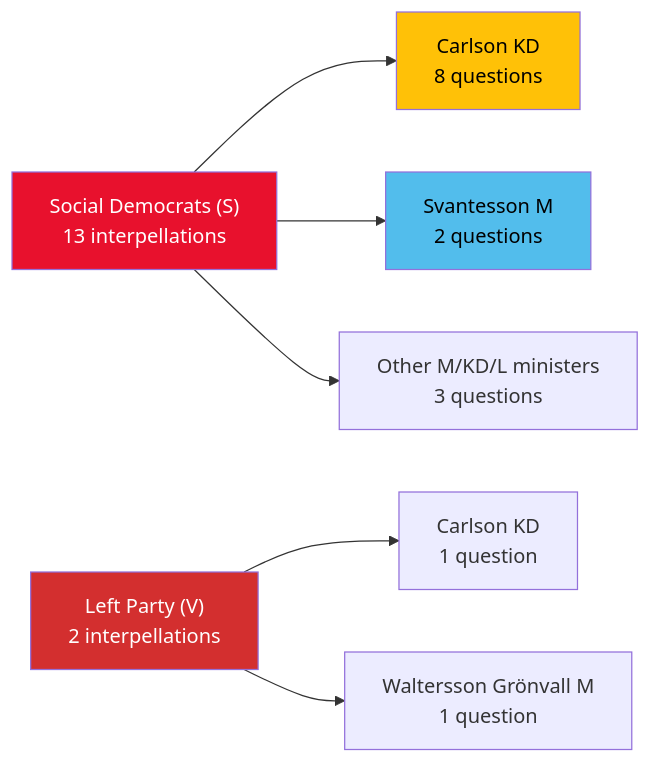
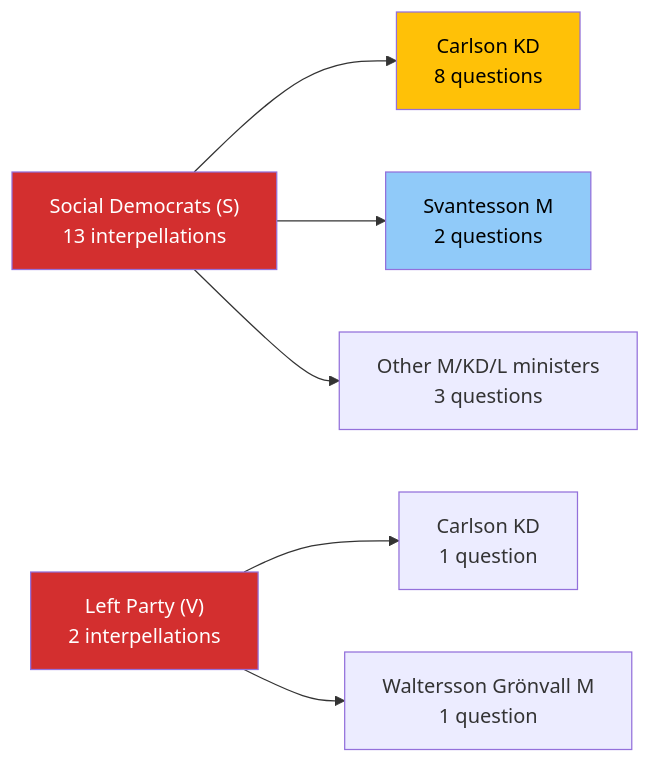
Before and after one commit to Hack23/riksdagsmonitor: the second of 2 diagrams in analysis/daily/2026-04-07/interpellations/synthesis-summary.md, drawn with Mermaid. The commit also changed 121 other files, not shown here.

````diff
--- a/analysis/daily/2026-04-07/interpellations/synthesis-summary.md
+++ b/analysis/daily/2026-04-07/interpellations/synthesis-summary.md
@@ -46,12 +46,12 @@
 ```mermaid
 flowchart LR
     S["Social Democrats (S)<br/>13 interpellations"] --> C1["Carlson KD<br/>8 questions"]
     S --> C2["Svantesson M<br/>2 questions"]
     S --> C3["Other M/KD/L ministers<br/>3 questions"]
     V["Left Party (V)<br/>2 interpellations"] --> C4["Carlson KD<br/>1 question"]
     V --> C5["Waltersson Grönvall M<br/>1 question"]
-    style S fill:#e8112d,color:#FFFFFF
+    style S fill:#D32F2F,color:#FFFFFF
     style V fill:#D32F2F,color:#FFFFFF
     style C1 fill:#FFC107,color:#000000
-    style C2 fill:#52bdec,color:#000000
+    style C2 fill:#90CAF9,color:#000000
 ```
````
